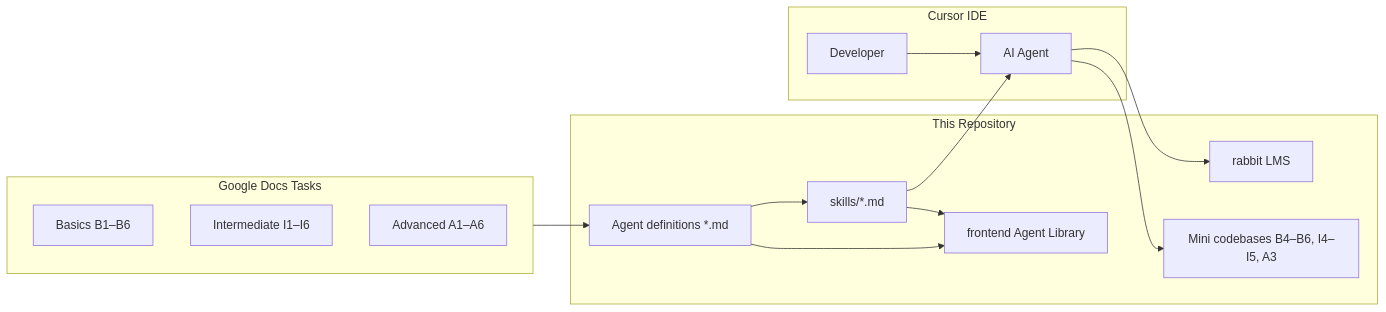
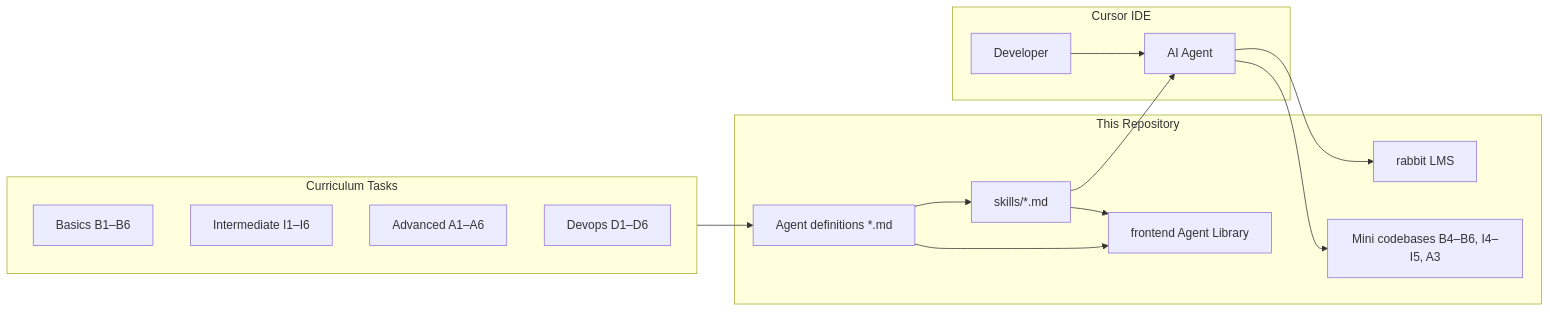
Before and after one commit to t-divyanshupatel/Task: the diagram in README.md, drawn with Mermaid. The commit also changed other lines of this file and 7 other files, not shown here.

````diff
--- a/README.md
+++ b/README.md
@@ -64,30 +72,31 @@
 ```mermaid
 flowchart LR
-    subgraph docs [Google Docs Tasks]
+    subgraph docs [Curriculum Tasks]
         B[Basics B1–B6]
         I[Intermediate I1–I6]
         A[Advanced A1–A6]
+        D[Devops D1–D6]
     end
 
     subgraph repo [This Repository]
         AD[Agent definitions *.md]
         SK[skills/*.md]
         RAB[rabbit LMS]
         MINI[Mini codebases B4–B6, I4–I5, A3]
         FE[frontend Agent Library]
     end
 
     subgraph cursor [Cursor IDE]
         USR[Developer]
         AGT[AI Agent]
     end
 
     docs --> AD
     AD --> SK
     SK --> AGT
     USR --> AGT
     AGT --> RAB
     AGT --> MINI
     AD --> FE
     SK --> FE
 ```
````
